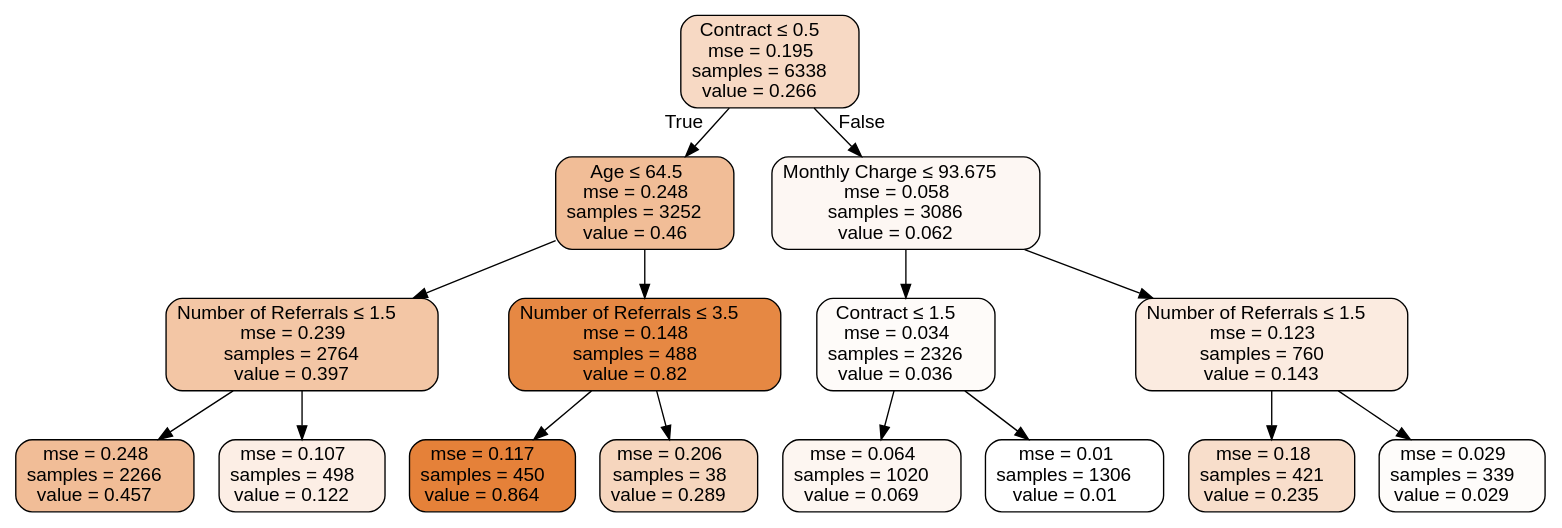
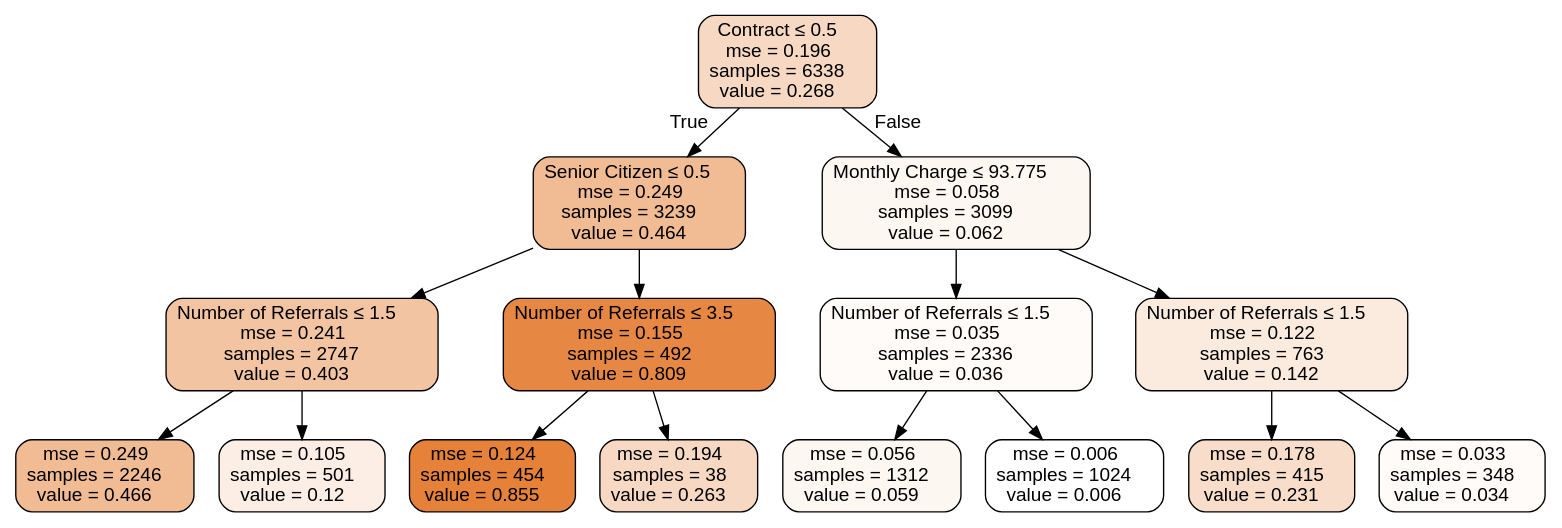
One commit to lucienwalewski/cse204project changed the diagram in src/Source.gv. Above: the diagram before and after it, drawn with Graphviz. The commit also changed 3 other files, not shown here.

```diff
--- a/src/Source.gv
+++ b/src/Source.gv
@@ -1,33 +1,33 @@
 digraph Tree {
 node [shape=box, style="filled, rounded", color="black", fontname=helvetica] ;
 edge [fontname=helvetica] ;
-0 [label=<Contract &le; 0.5<br/>mse = 0.195<br/>samples = 6338<br/>value = 0.266>, fillcolor="#f7d9c4"] ;
-1 [label=<Age &le; 64.5<br/>mse = 0.248<br/>samples = 3252<br/>value = 0.46>, fillcolor="#f1bd97"] ;
+0 [label=<Contract &le; 0.5<br/>mse = 0.196<br/>samples = 6338<br/>value = 0.268>, fillcolor="#f7d8c2"] ;
+1 [label=<Senior Citizen &le; 0.5<br/>mse = 0.249<br/>samples = 3239<br/>value = 0.464>, fillcolor="#f1bb94"] ;
 0 -> 1 [labeldistance=2.5, labelangle=45, headlabel="True"] ;
-2 [label=<Number of Referrals &le; 1.5<br/>mse = 0.239<br/>samples = 2764<br/>value = 0.397>, fillcolor="#f3c6a5"] ;
+2 [label=<Number of Referrals &le; 1.5<br/>mse = 0.241<br/>samples = 2747<br/>value = 0.403>, fillcolor="#f3c4a2"] ;
 1 -> 2 ;
-3 [label=<mse = 0.248<br/>samples = 2266<br/>value = 0.457>, fillcolor="#f1bd97"] ;
+3 [label=<mse = 0.249<br/>samples = 2246<br/>value = 0.466>, fillcolor="#f1bb94"] ;
 2 -> 3 ;
-4 [label=<mse = 0.107<br/>samples = 498<br/>value = 0.122>, fillcolor="#fceee5"] ;
+4 [label=<mse = 0.105<br/>samples = 501<br/>value = 0.12>, fillcolor="#fceee4"] ;
 2 -> 4 ;
-5 [label=<Number of Referrals &le; 3.5<br/>mse = 0.148<br/>samples = 488<br/>value = 0.82>, fillcolor="#e68843"] ;
+5 [label=<Number of Referrals &le; 3.5<br/>mse = 0.155<br/>samples = 492<br/>value = 0.809>, fillcolor="#e68844"] ;
 1 -> 5 ;
-6 [label=<mse = 0.117<br/>samples = 450<br/>value = 0.864>, fillcolor="#e58139"] ;
+6 [label=<mse = 0.124<br/>samples = 454<br/>value = 0.855>, fillcolor="#e58139"] ;
 5 -> 6 ;
-7 [label=<mse = 0.206<br/>samples = 38<br/>value = 0.289>, fillcolor="#f6d6be"] ;
+7 [label=<mse = 0.194<br/>samples = 38<br/>value = 0.263>, fillcolor="#f7d9c3"] ;
 5 -> 7 ;
-8 [label=<Monthly Charge &le; 93.675<br/>mse = 0.058<br/>samples = 3086<br/>value = 0.062>, fillcolor="#fdf7f3"] ;
+8 [label=<Monthly Charge &le; 93.775<br/>mse = 0.058<br/>samples = 3099<br/>value = 0.062>, fillcolor="#fdf7f2"] ;
 0 -> 8 [labeldistance=2.5, labelangle=-45, headlabel="False"] ;
-9 [label=<Contract &le; 1.5<br/>mse = 0.034<br/>samples = 2326<br/>value = 0.036>, fillcolor="#fefbf9"] ;
+9 [label=<Number of Referrals &le; 1.5<br/>mse = 0.035<br/>samples = 2336<br/>value = 0.036>, fillcolor="#fefbf8"] ;
 8 -> 9 ;
-10 [label=<mse = 0.064<br/>samples = 1020<br/>value = 0.069>, fillcolor="#fdf6f1"] ;
+10 [label=<mse = 0.056<br/>samples = 1312<br/>value = 0.059>, fillcolor="#fdf7f2"] ;
 9 -> 10 ;
-11 [label=<mse = 0.01<br/>samples = 1306<br/>value = 0.01>, fillcolor="#ffffff"] ;
+11 [label=<mse = 0.006<br/>samples = 1024<br/>value = 0.006>, fillcolor="#ffffff"] ;
 9 -> 11 ;
-12 [label=<Number of Referrals &le; 1.5<br/>mse = 0.123<br/>samples = 760<br/>value = 0.143>, fillcolor="#fbebe0"] ;
+12 [label=<Number of Referrals &le; 1.5<br/>mse = 0.122<br/>samples = 763<br/>value = 0.142>, fillcolor="#fbebdf"] ;
 8 -> 12 ;
-13 [label=<mse = 0.18<br/>samples = 421<br/>value = 0.235>, fillcolor="#f8decb"] ;
+13 [label=<mse = 0.178<br/>samples = 415<br/>value = 0.231>, fillcolor="#f8deca"] ;
 12 -> 13 ;
-14 [label=<mse = 0.029<br/>samples = 339<br/>value = 0.029>, fillcolor="#fefcfa"] ;
+14 [label=<mse = 0.033<br/>samples = 348<br/>value = 0.034>, fillcolor="#fefbf8"] ;
 12 -> 14 ;
 }
```
